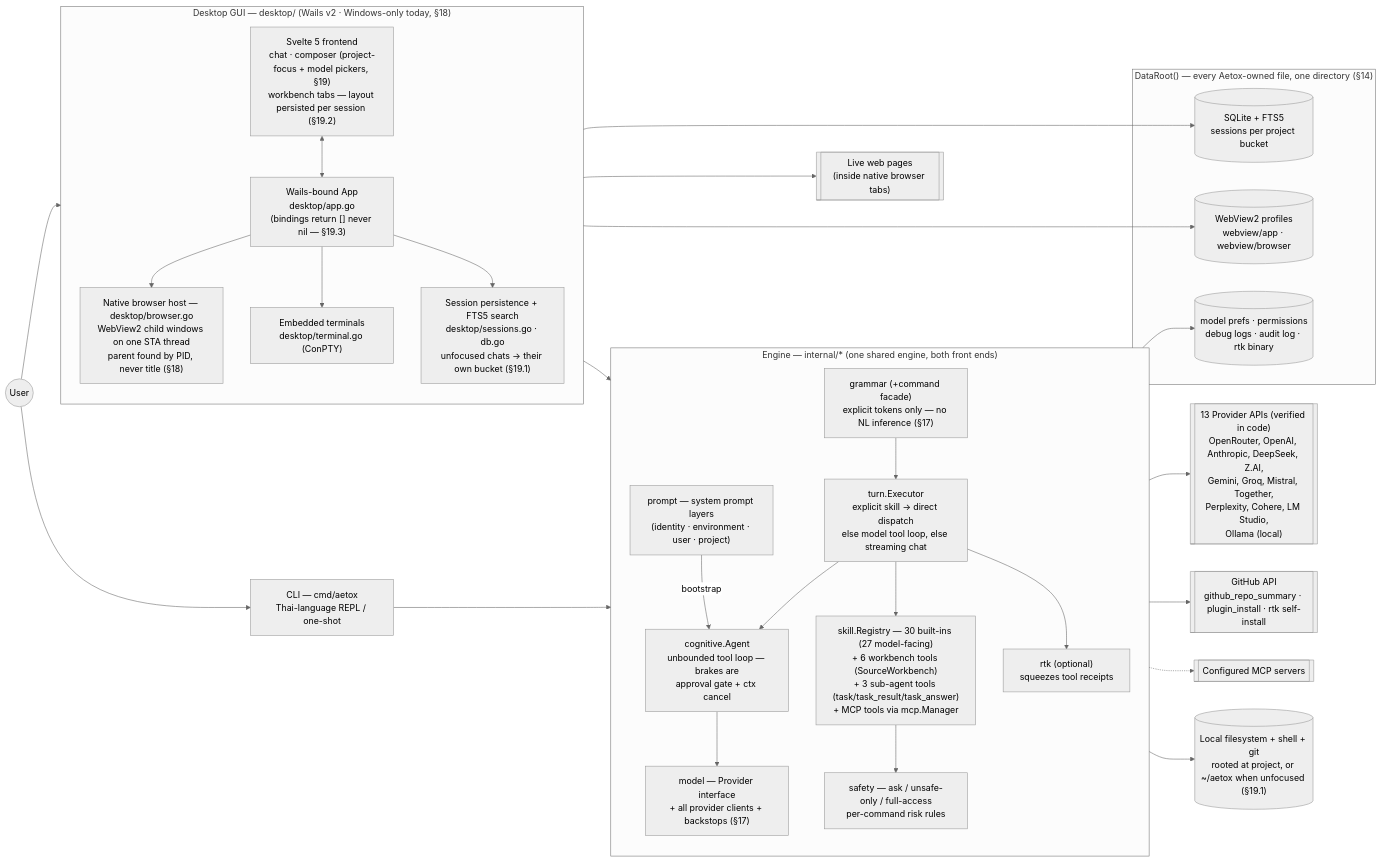
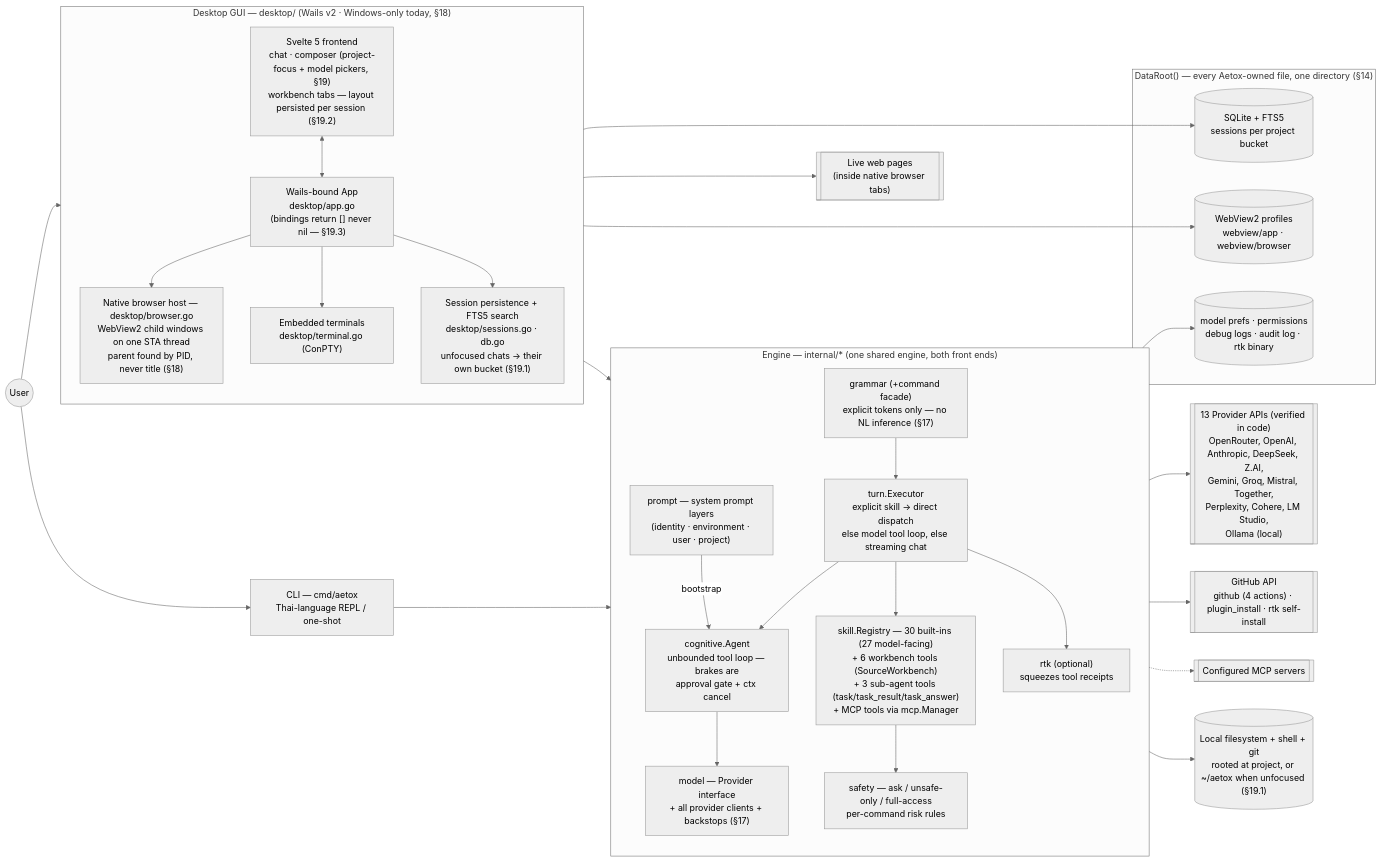
One commit to Mike0165115321/Aetox changed the first of 3 diagrams in ARCHITECTURE.md. Above: the diagram before and after it, drawn with Mermaid (neutral theme). The commit also changed other lines of this file and 20 other files, not shown here.

````diff
--- a/ARCHITECTURE.md
+++ b/ARCHITECTURE.md
@@ -91,64 +91,64 @@
 ```mermaid
 flowchart LR
     User(("User"))
     CLI["CLI — cmd/aetox\nThai-language REPL / one-shot"]
 
     subgraph DesktopApp["Desktop GUI — desktop/ (Wails v2 · Windows-only today, §18)"]
         direction TB
         FE["Svelte 5 frontend\nchat · composer (project-focus + model pickers, §19)\nworkbench tabs — layout persisted per session (§19.2)"]
         Bindings["Wails-bound App\ndesktop/app.go\n(bindings return [] never nil — §19.3)"]
         BrowserHost["Native browser host — desktop/browser.go\nWebView2 child windows on one STA thread\nparent found by PID, never title (§18)"]
         Term["Embedded terminals\ndesktop/terminal.go (ConPTY)"]
         Sessions["Session persistence + FTS5 search\ndesktop/sessions.go · db.go\nunfocused chats → their own bucket (§19.1)"]
         FE <--> Bindings
         Bindings --> BrowserHost
         Bindings --> Term
         Bindings --> Sessions
     end
 
     subgraph Engine["Engine — internal/* (one shared engine, both front ends)"]
         direction TB
         Grammar["grammar (+command facade)\nexplicit tokens only — no NL inference (§17)"]
         Turn["turn.Executor\nexplicit skill → direct dispatch\nelse model tool loop, else streaming chat"]
         Cog["cognitive.Agent\nunbounded tool loop — brakes are\napproval gate + ctx cancel"]
         Skills["skill.Registry — 30 built-ins (27 model-facing)\n+ 6 workbench tools (SourceWorkbench)\n+ 3 sub-agent tools (task/task_result/task_answer)\n+ MCP tools via mcp.Manager"]
         Safety["safety — ask / unsafe-only / full-access\nper-command risk rules"]
         Prompt["prompt — system prompt layers\n(identity · environment · user · project)"]
         RTK["rtk (optional)\nsqueezes tool receipts"]
         Model["model — Provider interface\n+ all provider clients + backstops (§17)"]
         Grammar --> Turn
         Turn --> Cog
         Cog --> Model
         Turn --> Skills
         Skills --> Safety
         Turn --> RTK
         Prompt -->|bootstrap| Cog
     end
 
     User --> FE
     User --> CLI
     CLI --> Engine
     Bindings --> Engine
 
     Providers[["13 Provider APIs (verified in code)\nOpenRouter, OpenAI, Anthropic, DeepSeek, Z.AI,\nGemini, Groq, Mistral, Together,\nPerplexity, Cohere, LM Studio,\nOllama (local)"]]
-    GH[["GitHub API\ngithub_repo_summary · plugin_install · rtk self-install"]]
+    GH[["GitHub API\ngithub (4 actions) · plugin_install · rtk self-install"]]
     MCPExt[["Configured MCP servers"]]
     Web[["Live web pages\n(inside native browser tabs)"]]
     FS[("Local filesystem + shell + git\nrooted at project, or ~/aetox when unfocused (§19.1)")]
 
     Model --> Providers
     Skills --> GH
     Skills --> FS
     Skills -.-> MCPExt
     BrowserHost --> Web
 
     subgraph Data["DataRoot() — every Aetox-owned file, one directory (§14)"]
         DB[("SQLite + FTS5\nsessions per project bucket")]
         Profiles[("WebView2 profiles\nwebview/app · webview/browser")]
         Misc[("model prefs · permissions\ndebug logs · audit log · rtk binary")]
     end
 
     Sessions --> DB
     BrowserHost --> Profiles
     Engine --> Misc
 ```
````
